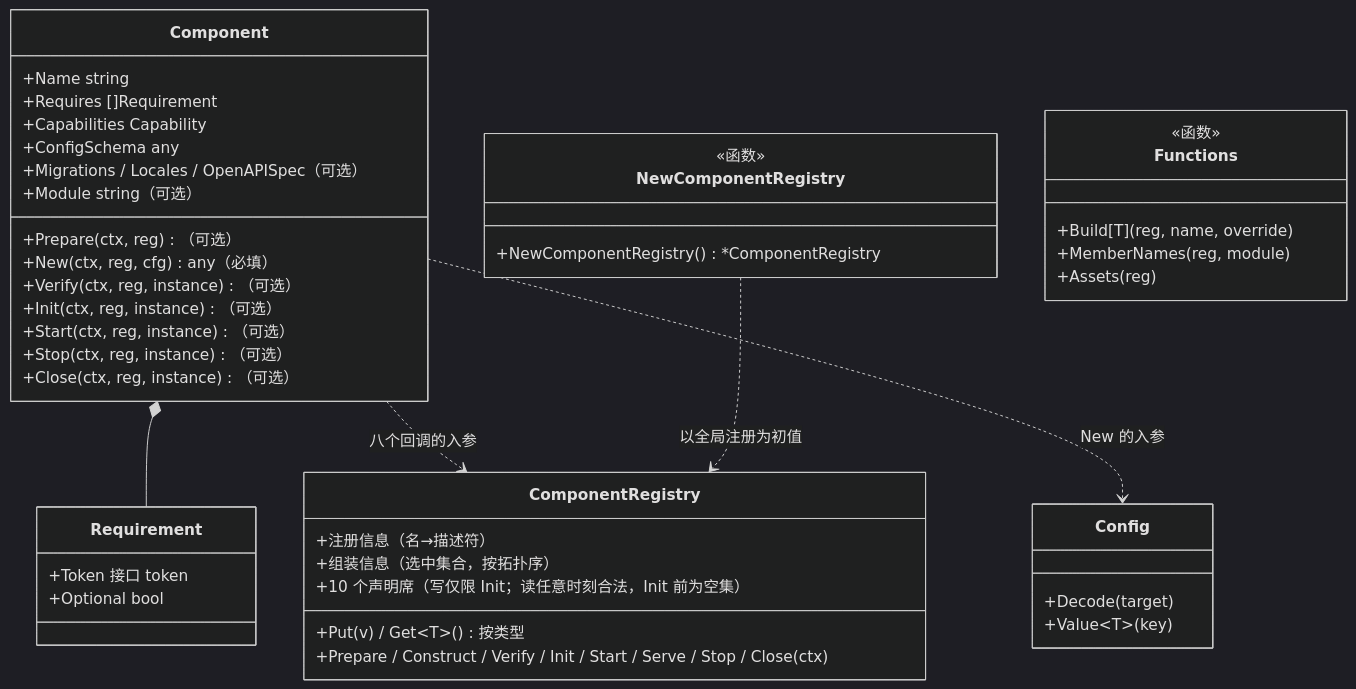
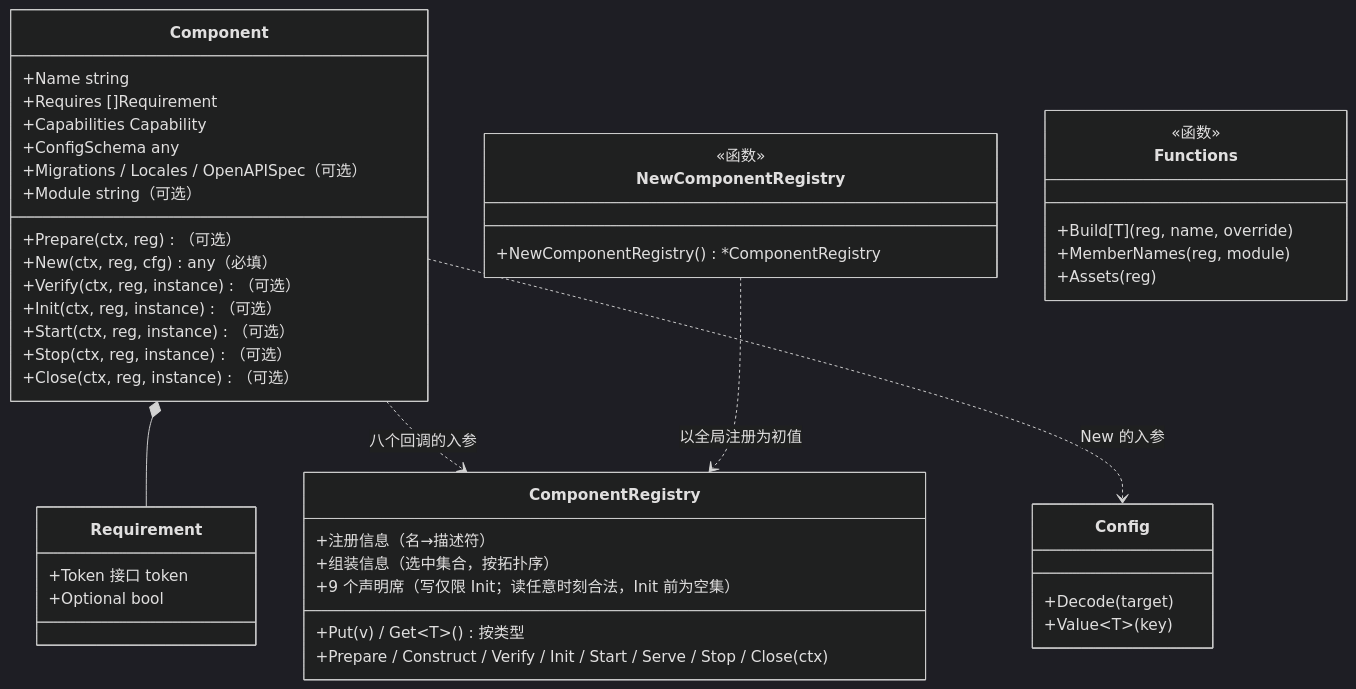
The second of 6 diagrams in docs/internal/29-config-driven-component-assembly.md (vislake/speed), drawn with Mermaid (dark theme) before and after one commit. The commit also changed other lines of this file and 3 other files, not shown here.

````diff
--- a/docs/internal/29-config-driven-component-assembly.md
+++ b/docs/internal/29-config-driven-component-assembly.md
@@ -194,48 +197,48 @@
 ```mermaid
 classDiagram
     class Component {
         +Name string
         +Prepare(ctx, reg)（可选）
         +New(ctx, reg, cfg) any（必填）
         +Verify(ctx, reg, instance)（可选）
         +Init(ctx, reg, instance)（可选）
         +Start(ctx, reg, instance)（可选）
         +Stop(ctx, reg, instance)（可选）
         +Close(ctx, reg, instance)（可选）
         +Requires []Requirement
         +Capabilities Capability
         +ConfigSchema any
         +Migrations / Locales / OpenAPISpec（可选）
         +Module string（可选）
     }
     class Requirement {
         +Token 接口 token
         +Optional bool
     }
     class ComponentRegistry {
         +注册信息（名→描述符）
         +组装信息（选中集合，按拓扑序）
         +Put(v) / Get~T~() 按类型
-        +10 个声明席（写仅限 Init；读任意时刻合法，Init 前为空集）
+        +9 个声明席（写仅限 Init；读任意时刻合法，Init 前为空集）
         +Prepare / Construct / Verify / Init / Start / Serve / Stop / Close(ctx)
     }
     class Config {
         +Decode(target)
         +Value~T~(key)
     }
     class NewComponentRegistry {
         <<函数>>
         +NewComponentRegistry() *ComponentRegistry
     }
     class Functions {
         <<函数>>
         +Build[T](reg, name, override)
         +MemberNames(reg, module)
         +Assets(reg)
     }
 
     Component *-- Requirement
     Component ..> ComponentRegistry : 八个回调的入参
     Component ..> Config : New 的入参
     NewComponentRegistry ..> ComponentRegistry : 以全局注册为初值
 ```
````
